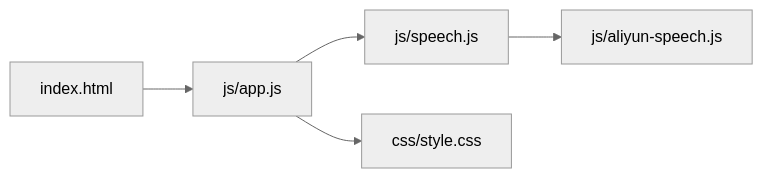
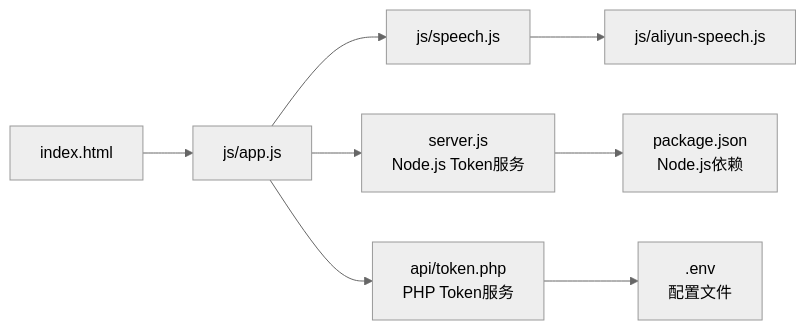
Diagram 11 of 11 in .qoder/repowiki/zh/content/语音识别模块详解/多后端管理机制.md (db300/MySpeechRecognition), drawn with Mermaid (neutral theme) before and after one commit. The commit also changed other lines of this file and 26 other files, not shown here.

````diff
--- a/.qoder/repowiki/zh/content/语音识别模块详解/多后端管理机制.md
+++ b/.qoder/repowiki/zh/content/语音识别模块详解/多后端管理机制.md
@@ -390,7 +475,10 @@
 ```mermaid
 graph LR
 HTML["index.html"] --> APP["js/app.js"]
 APP --> SPEECH["js/speech.js"]
 SPEECH --> ALIYUN["js/aliyun-speech.js"]
-APP --> CSS["css/style.css"]
+APP --> SERVER["server.js<br/>Node.js Token服务"]
+APP --> TOKEN["api/token.php<br/>PHP Token服务"]
+SERVER --> PKG["package.json<br/>Node.js依赖"]
+TOKEN --> ENV[".env<br/>配置文件"]
 ```
````
